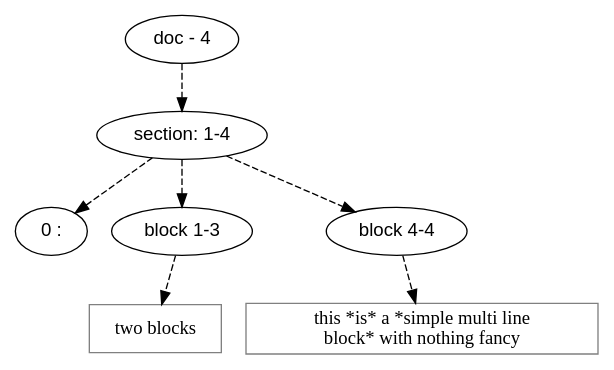
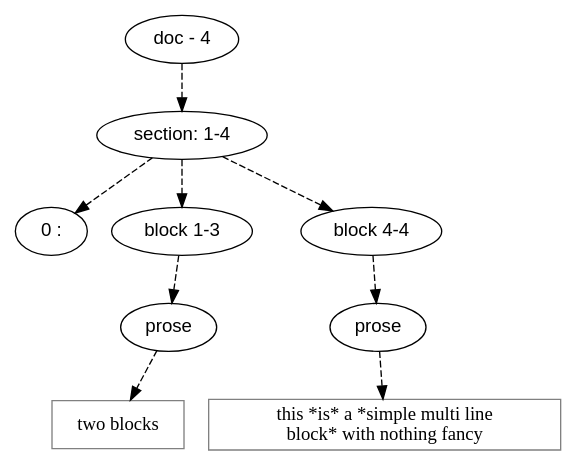
One commit to mnemnion/orb changed the diagram in orb/dot/samples/multi-line-bold.gm.dot. Above: the diagram before and after it, drawn with Graphviz. The commit also changed 120 other files, not shown here.

```diff
--- a/orb/dot/samples/multi-line-bold.gm.dot
+++ b/orb/dot/samples/multi-line-bold.gm.dot
@@ -1,32 +1,44 @@
 digraph hierarchy {
 
 node [fontname=Helvetica]
 edge [style=dashed]
 
 doc_0 [label="doc - 4"]
 
 
 doc_0 -> { section_1}
 {rank=same; section_1}
 
 section_1 [label="section: 1-4"]
 
 
 section_1 -> { header_2 block_3 block_4}
 {rank=same; header_2 block_3 block_4}
 
 header_2 [label="0 : "]
 
 block_3 [label="block 1-3"]
 
 block_4 [label="block 4-4"]
 
 
-block_3 -> leaf_5
-leaf_5  [color=Gray,shape=rectangle,fontname=Inconsolata,label="two blocks
+block_3 -> { prose_5}
+{rank=same; prose_5}
+
+prose_5 [label="prose"]
+
+
+prose_5 -> leaf_6
+leaf_6  [color=Gray,shape=rectangle,fontname=Inconsolata,label="two blocks
 "]
-block_4 -> leaf_6
-leaf_6  [color=Gray,shape=rectangle,fontname=Inconsolata,label="this *is* a *simple multi line
+block_4 -> { prose_7}
+{rank=same; prose_7}
+
+prose_7 [label="prose"]
+
+
+prose_7 -> leaf_8
+leaf_8  [color=Gray,shape=rectangle,fontname=Inconsolata,label="this *is* a *simple multi line
 block* with nothing fancy"]
 
 }
```
